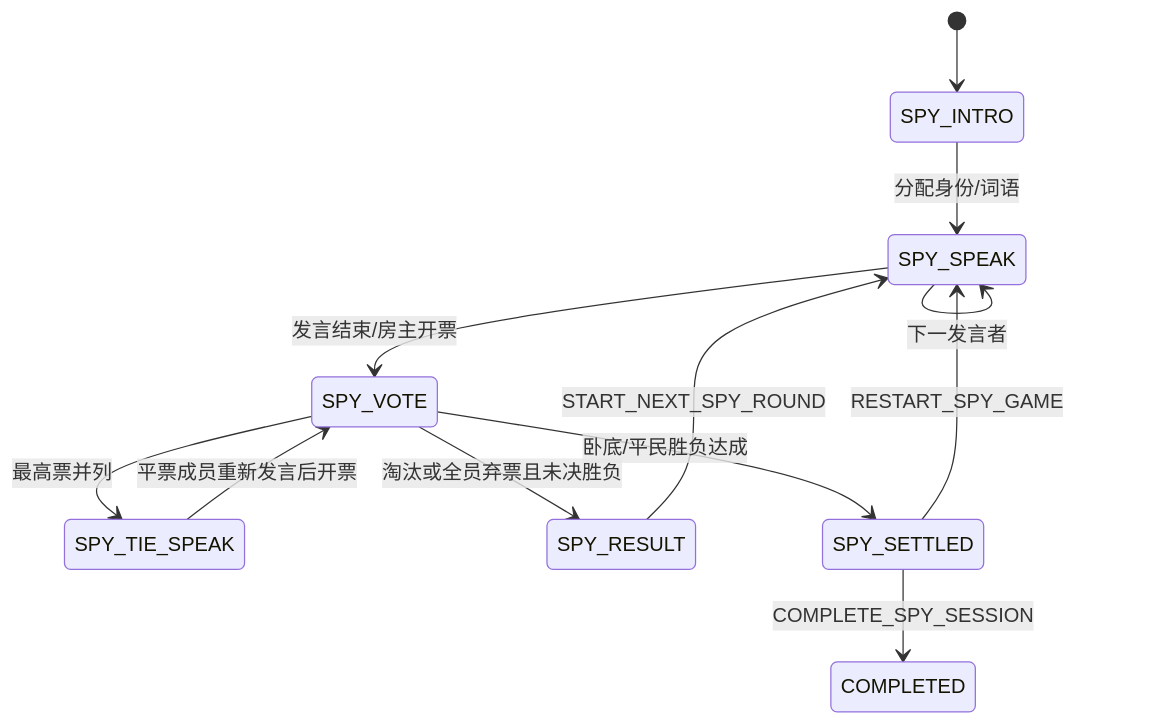
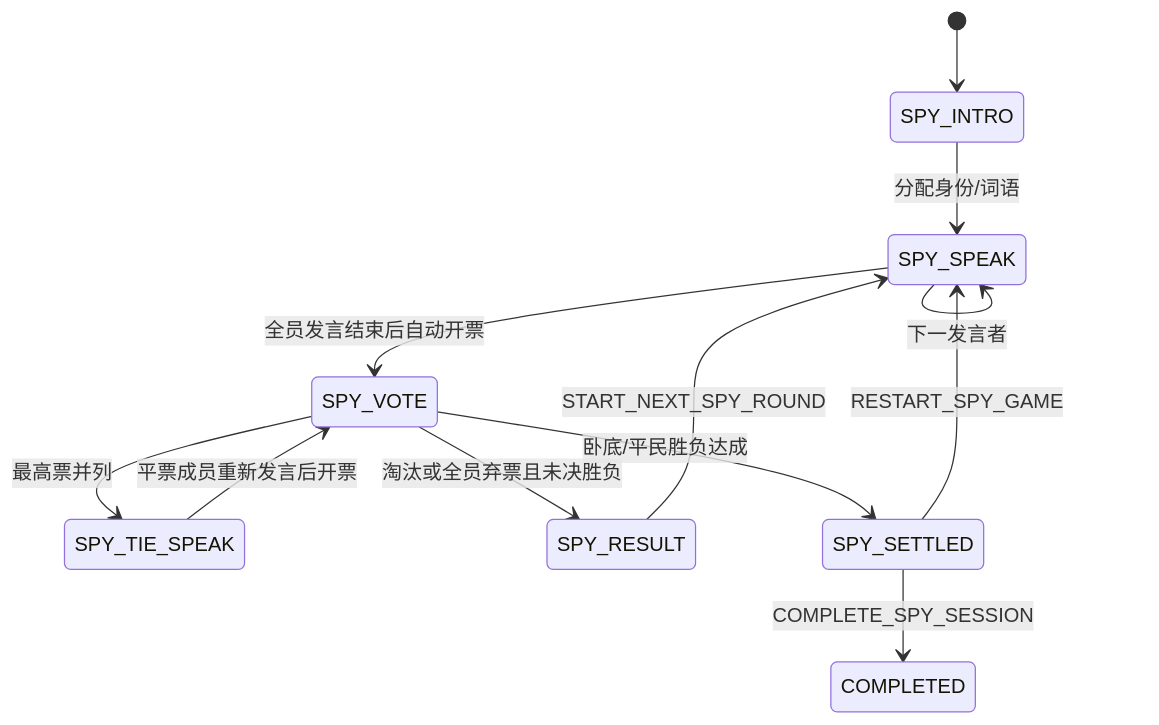
One commit to Bubble-419/cardboard-miniprogram changed diagram 19 of 23 in docs/ROOM_PROTOCOL_V3_IMPLEMENTATION.md. Above: the diagram before and after it, drawn with Mermaid. The commit also changed 33 other files, not shown here.

````diff
--- a/docs/ROOM_PROTOCOL_V3_IMPLEMENTATION.md
+++ b/docs/ROOM_PROTOCOL_V3_IMPLEMENTATION.md
@@ -571,14 +571,14 @@
 ```mermaid
 stateDiagram-v2
   [*] --> SPY_INTRO
   SPY_INTRO --> SPY_SPEAK: 分配身份/词语
   SPY_SPEAK --> SPY_SPEAK: 下一发言者
-  SPY_SPEAK --> SPY_VOTE: 发言结束/房主开票
+  SPY_SPEAK --> SPY_VOTE: 全员发言结束后自动开票
   SPY_VOTE --> SPY_TIE_SPEAK: 最高票并列
   SPY_TIE_SPEAK --> SPY_VOTE: 平票成员重新发言后开票
   SPY_VOTE --> SPY_RESULT: 淘汰或全员弃票且未决胜负
   SPY_VOTE --> SPY_SETTLED: 卧底/平民胜负达成
   SPY_RESULT --> SPY_SPEAK: START_NEXT_SPY_ROUND
   SPY_SETTLED --> SPY_SPEAK: RESTART_SPY_GAME
   SPY_SETTLED --> COMPLETED: COMPLETE_SPY_SESSION
 ```
````
